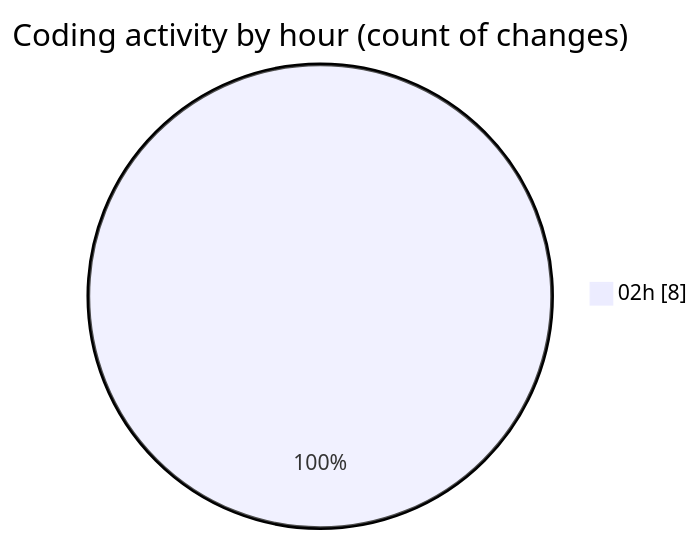
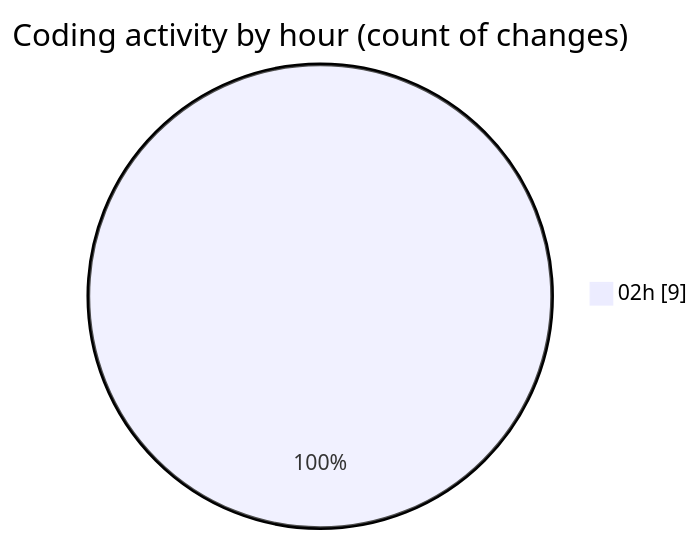
One commit to lephambinh05/code-tracking changed the second of 2 diagrams in 2025-07-12/shopaccv1/README.md. Above: the diagram before and after it, drawn with Mermaid. The commit also changed other lines of this file and 1 other file, not shown here.

````diff
--- a/2025-07-12/shopaccv1/README.md
+++ b/2025-07-12/shopaccv1/README.md
@@ -32,5 +33,5 @@
 ```mermaid
 pie showData
 title Coding activity by hour (count of changes)
-"02h" : 8
+"02h" : 9
 ```
````
